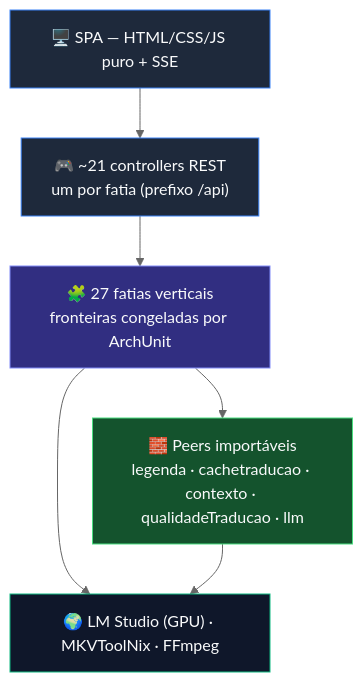
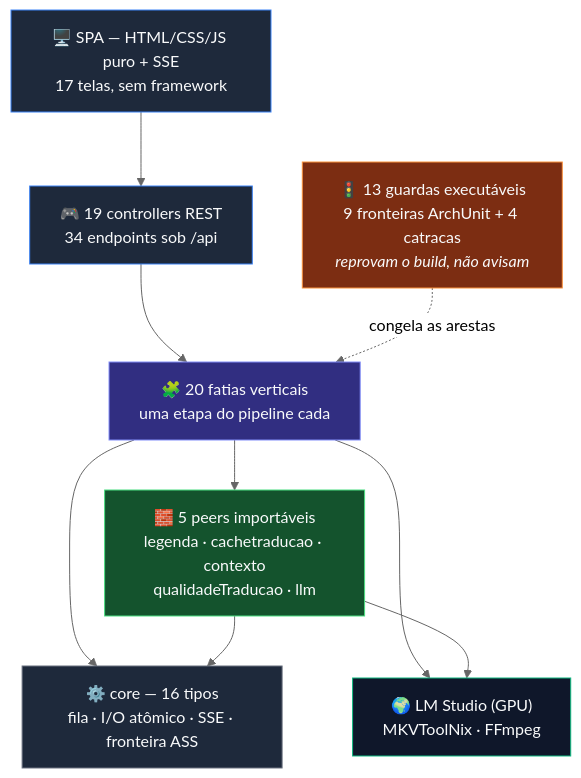
Before and after one commit to carmipa/traducao_animes_llm_local_quarkus-1: the first of 2 diagrams in README.md, drawn with Mermaid (neutral theme). The commit also changed other lines of this file and 28 other files, not shown here.

````diff
--- a/README.md
+++ b/README.md
@@ -117,17 +123,24 @@
 ```mermaid
 graph TD
-    SPA["🖥️ SPA — HTML/CSS/JS puro + SSE"] --> CTRL["🎮 ~21 controllers REST<br/>um por fatia (prefixo /api)"]
-    CTRL --> SLICES["🧩 27 fatias verticais<br/>fronteiras congeladas por ArchUnit"]
-    SLICES --> PEERS["🧱 Peers importáveis<br/>legenda · cachetraducao · contexto · qualidadeTraducao · llm"]
-    SLICES --> EXT["🌍 LM Studio (GPU) · MKVToolNix · FFmpeg"]
+    SPA["🖥️ SPA — HTML/CSS/JS puro + SSE<br/>17 telas, sem framework"] --> CTRL["🎮 19 controllers REST<br/>34 endpoints sob /api"]
+    CTRL --> SLICES["🧩 20 fatias verticais<br/>uma etapa do pipeline cada"]
+    SLICES --> PEERS["🧱 5 peers importáveis<br/>legenda · cachetraducao · contexto<br/>qualidadeTraducao · llm"]
+    SLICES --> CORE["⚙️ core — 16 tipos<br/>fila · I/O atômico · SSE · fronteira ASS"]
+    PEERS --> CORE
+    SLICES --> EXT["🌍 LM Studio (GPU)<br/>MKVToolNix · FFmpeg"]
     PEERS --> EXT
+    GUARD["🚦 13 guardas executáveis<br/>9 fronteiras ArchUnit + 4 catracas<br/><i>reprovam o build, não avisam</i>"] -.->|congela as arestas| SLICES
 
     classDef a fill:#1e293b,stroke:#3B82F6,color:#F9FAFB
     classDef b fill:#312e81,stroke:#818CF8,color:#F9FAFB
     classDef c fill:#14532d,stroke:#4ADE80,color:#F9FAFB
     classDef d fill:#0f172a,stroke:#10B981,color:#F9FAFB
+    classDef e fill:#1e293b,stroke:#6B7280,color:#F9FAFB
+    classDef g fill:#7c2d12,stroke:#FB923C,color:#F9FAFB
     class SPA,CTRL a
     class SLICES b
     class PEERS c
     class EXT d
+    class CORE e
+    class GUARD g
 ```
````
